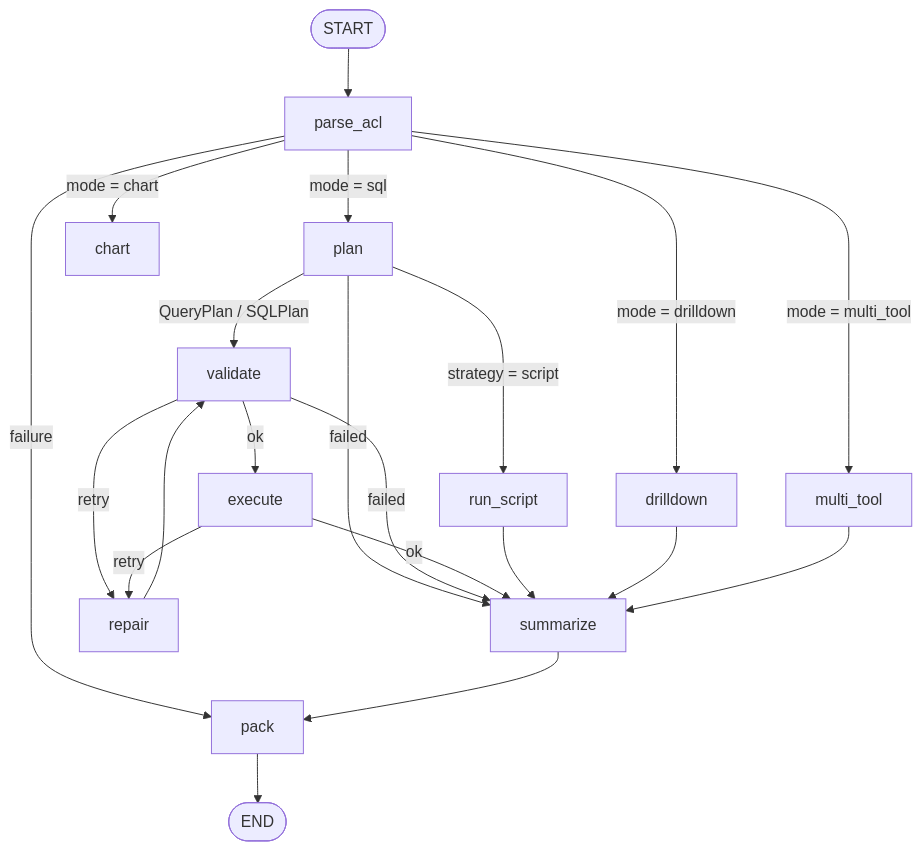
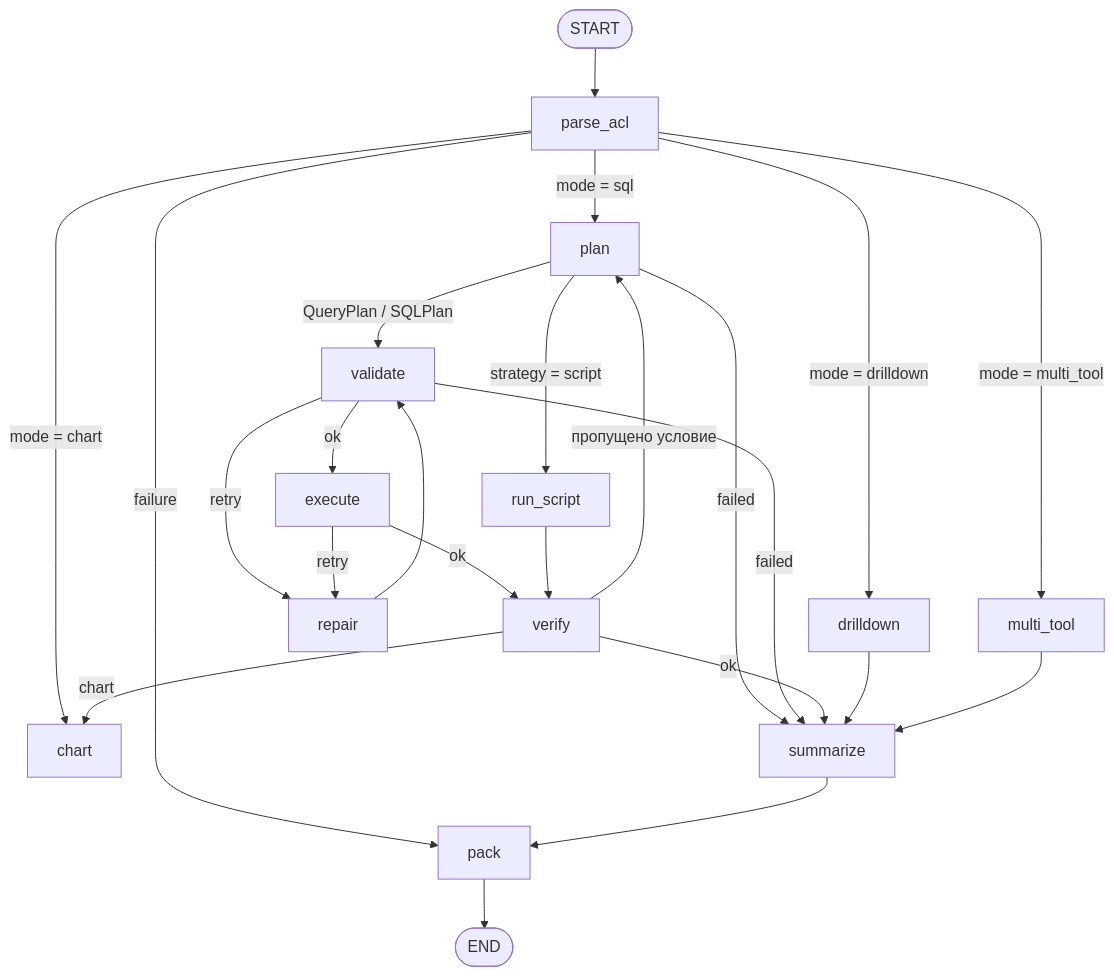
One commit to AlexEgorov85/MultyAgent changed the third of 7 diagrams in docs/architecture.md. Above: the diagram before and after it, drawn with Mermaid. The commit also changed other lines of this file and 16 other files, not shown here.

````diff
--- a/docs/architecture.md
+++ b/docs/architecture.md
@@ -173,23 +183,26 @@
 ```mermaid
 flowchart TD
     S([START]) --> PA["parse_acl"]
     PA -->|mode = sql| PL["plan"]
     PA -->|mode = drilldown| DD["drilldown"]
     PA -->|mode = multi_tool| MT["multi_tool"]
     PA -->|mode = chart| CH["chart"]
     PA -->|failure| PK["pack"]
     PL -->|strategy = script| RS["run_script"]
     PL -->|QueryPlan / SQLPlan| VA["validate"]
     PL -->|failed| SU["summarize"]
     VA -->|ok| EX["execute"]
     VA -->|retry| RE["repair"]
     VA -->|failed| SU
-    EX -->|ok| SU
+    EX -->|ok| VF["verify"]
     EX -->|retry| RE
     RE --> VA
-    RS --> SU
+    VF -->|пропущено условие| PL
+    VF -->|ok| SU
+    VF -->|chart| CH
+    RS --> VF
     DD --> SU
     MT --> SU
     SU --> PK
     PK --> E([END])
 ```
````
